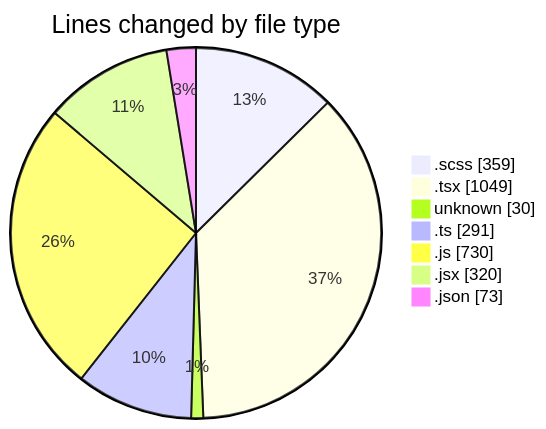
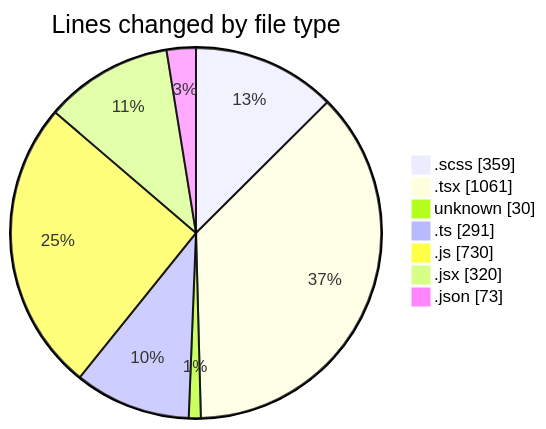
One commit to momahboobian/code-tracking changed the first of 2 diagrams in 2025-03-05/cda/README.md. Above: the diagram before and after it, drawn with Mermaid. The commit also changed other lines of this file and 1 other file, not shown here.

````diff
--- a/2025-03-05/cda/README.md
+++ b/2025-03-05/cda/README.md
@@ -45,11 +45,11 @@
 ```mermaid
 pie showData
 title Lines changed by file type
 ".scss" : 359
-".tsx" : 1049
+".tsx" : 1061
 "unknown" : 30
 ".ts" : 291
 ".js" : 730
 ".jsx" : 320
 ".json" : 73
 ```
````
